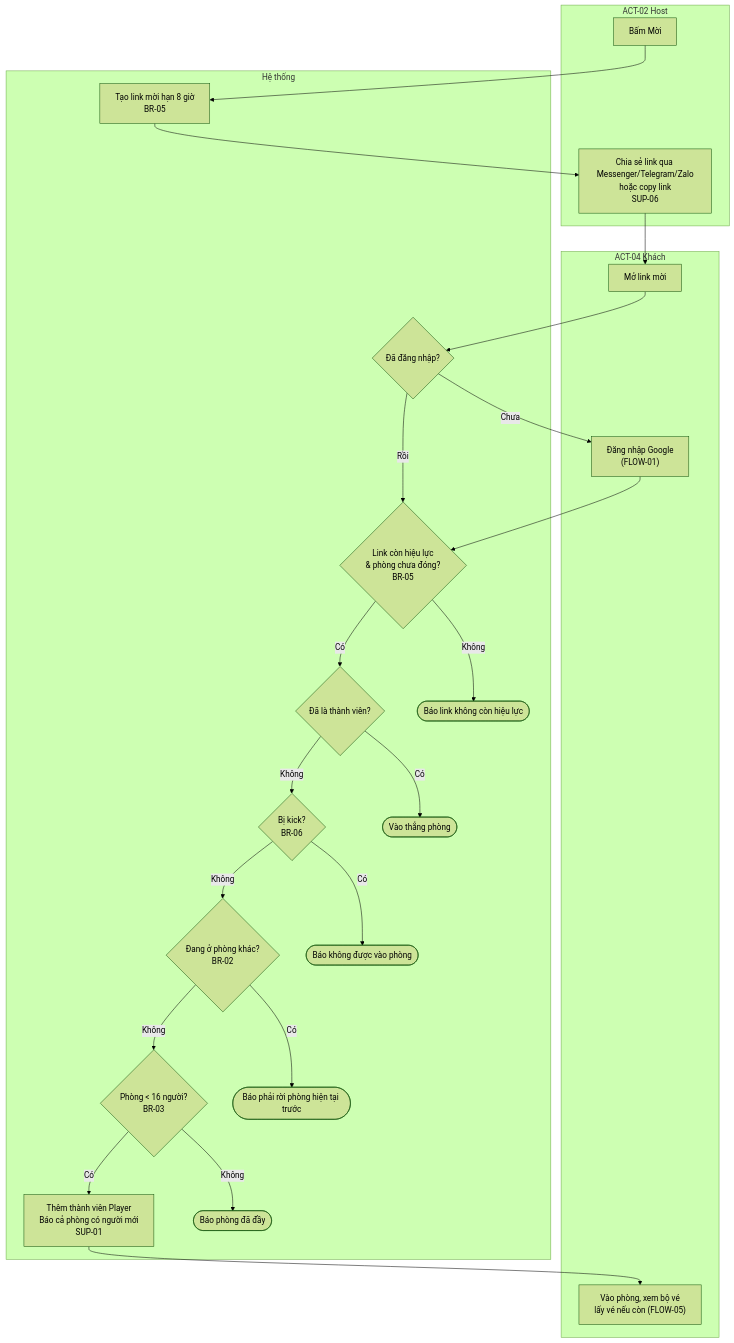
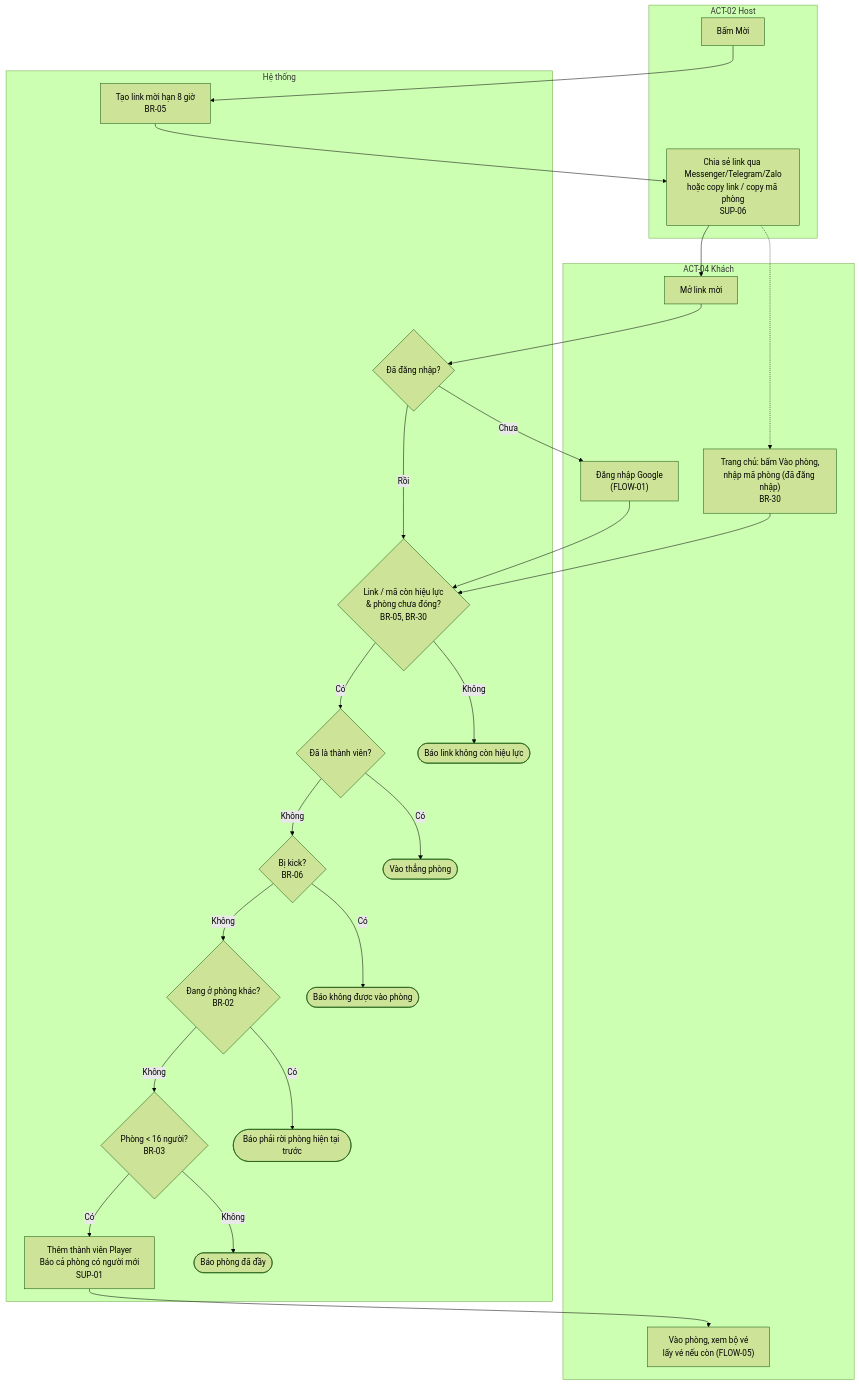
Before and after one commit to Thachdong/loto: the fourth of 24 diagrams in idea/business-flows.md, drawn with Mermaid (forest theme). The commit also changed other lines of this file and 22 other files, not shown here.

````diff
--- a/idea/business-flows.md
+++ b/idea/business-flows.md
@@ -227,40 +228,42 @@
 ```mermaid
 flowchart TD
   subgraph HO["ACT-02 Host"]
     S1["Bấm Mời"]
-    S3["Chia sẻ link qua Messenger/Telegram/Zalo<br/>hoặc copy link<br/>SUP-06"]
+    S3["Chia sẻ link qua Messenger/Telegram/Zalo<br/>hoặc copy link / copy mã phòng<br/>SUP-06"]
   end
   subgraph K["ACT-04 Khách"]
     S4["Mở link mời"]
+    S4c["Trang chủ: bấm Vào phòng,<br/>nhập mã phòng (đã đăng nhập)<br/>BR-30"]
     S6["Đăng nhập Google<br/>(FLOW-01)"]
     S12["Vào phòng, xem bộ vé<br/>lấy vé nếu còn (FLOW-05)"]
   end
   subgraph H["Hệ thống"]
     S2["Tạo link mời hạn 8 giờ<br/>BR-05"]
     S5{"Đã đăng nhập?"}
-    S7{"Link còn hiệu lực<br/>& phòng chưa đóng?<br/>BR-05"}
+    S7{"Link / mã còn hiệu lực<br/>& phòng chưa đóng?<br/>BR-05, BR-30"}
     S8{"Đã là thành viên?"}
     S9{"Bị kick?<br/>BR-06"}
     S10{"Đang ở phòng khác?<br/>BR-02"}
     S11{"Phòng < 16 người?<br/>BR-03"}
     S13["Thêm thành viên Player<br/>Báo cả phòng có người mới<br/>SUP-01"]
     E1(["Báo link không còn hiệu lực"])
     E2(["Báo không được vào phòng"])
     E3(["Báo phải rời phòng hiện tại trước"])
     E4(["Báo phòng đã đầy"])
     A1(["Vào thẳng phòng"])
   end
   S1 --> S2 --> S3 --> S4 --> S5
   S5 -- Chưa --> S6 --> S7
   S5 -- Rồi --> S7
+  S3 -.-> S4c --> S7
   S7 -- Không --> E1
   S7 -- Có --> S8
   S8 -- Có --> A1
   S8 -- Không --> S9
   S9 -- Có --> E2
   S9 -- Không --> S10
   S10 -- Có --> E3
   S10 -- Không --> S11
   S11 -- Không --> E4
   S11 -- Có --> S13 --> S12
 ```
````
